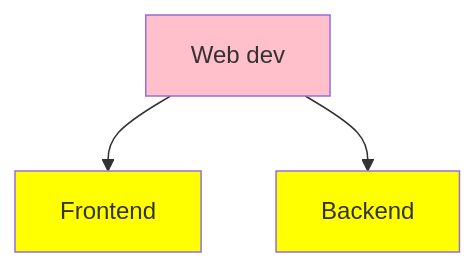
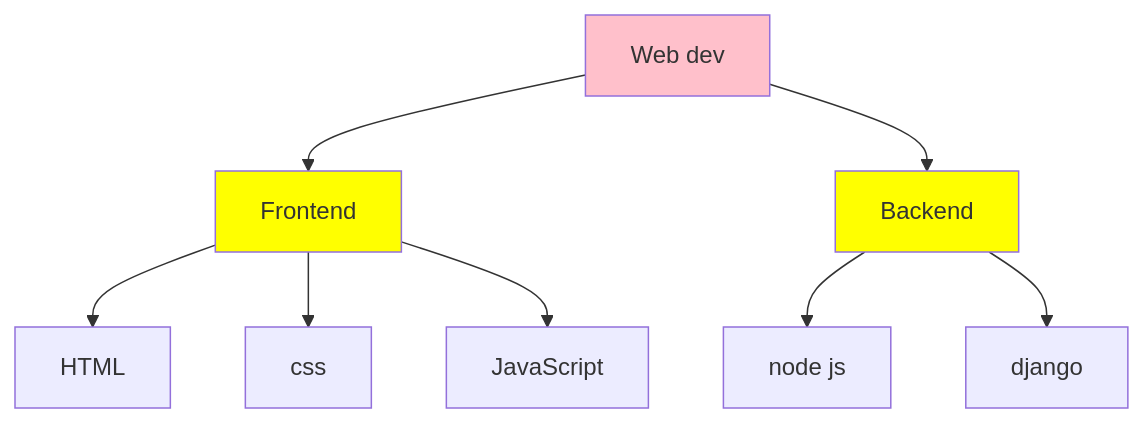
One commit to soumalya-mondal99/Roadmaps-basics changed the second of 2 diagrams in README.md. Above: the diagram before and after it, drawn with Mermaid.

````diff
--- a/README.md
+++ b/README.md
@@ -15,9 +15,13 @@
 ```mermaid
 flowchart TD;
   W1[Web dev]-->W2[Frontend];
   W1[Web dev]-->W3[Backend];
-  
+  W2-->HTML;
+  W2-->css;
+  W2-->JavaScript;
+  W3-->W4[node js];
+  W3-->W5[django];
   style W1 fill:pink;
   style W2 fill:yellow; style W3 fill:yellow;
   
 ```
````
